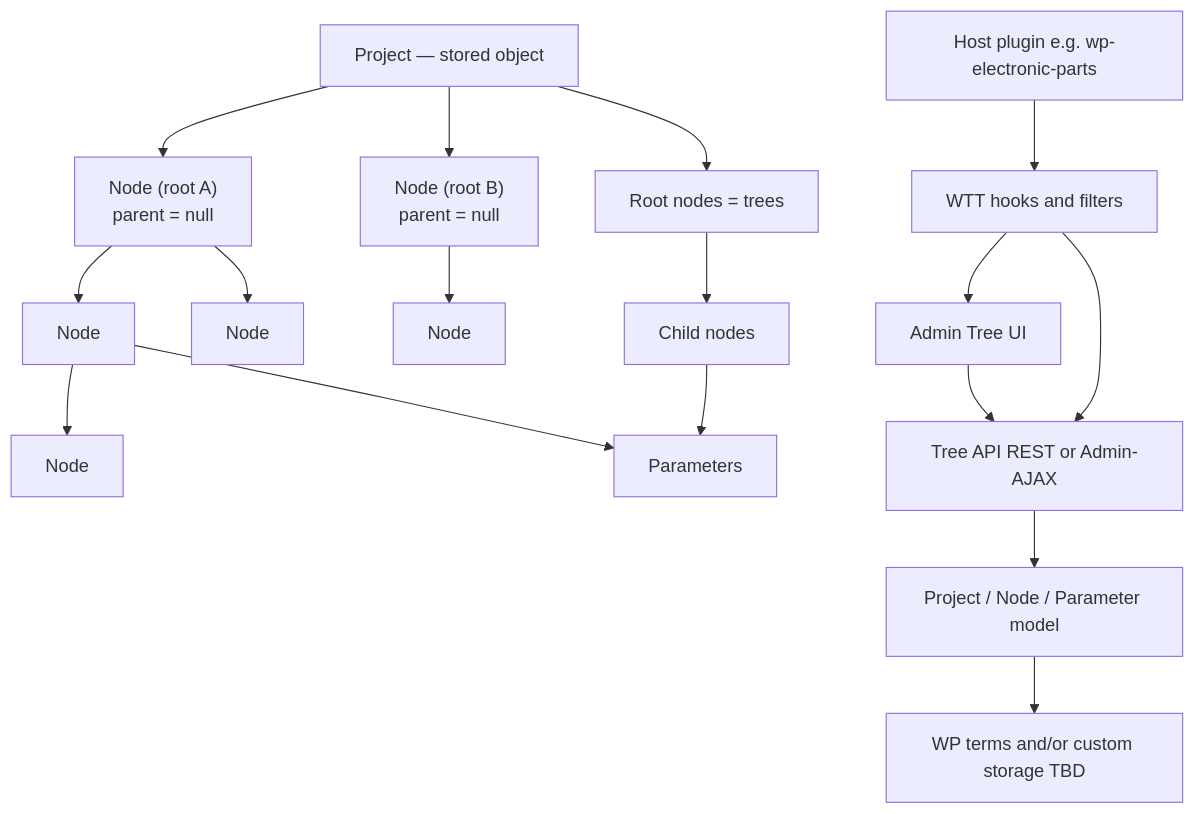
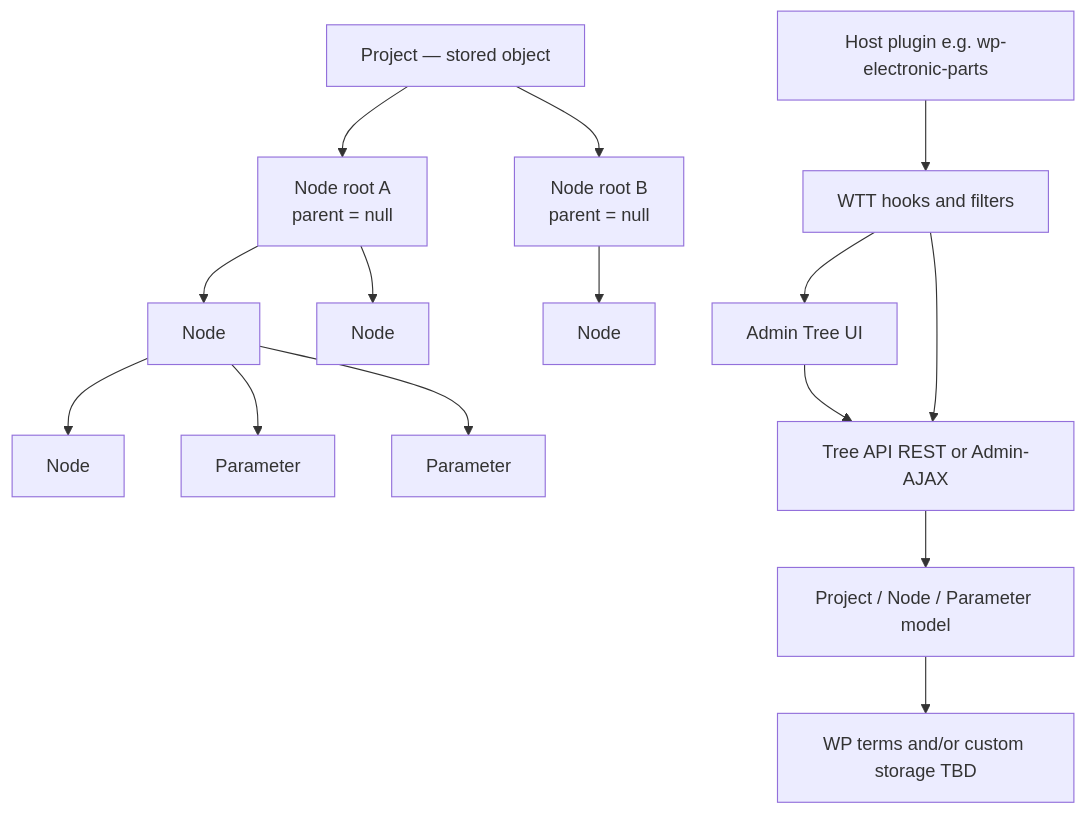
One commit to sfambach/wp-taxonomy-modeler changed the first of 2 diagrams in docs/ARCHITECTURE.md. Above: the diagram before and after it, drawn with Mermaid. The commit also changed 2 other files, not shown here.

Commit message:
Sync plan version and architecture Project diagram

````diff
--- a/docs/ARCHITECTURE.md
+++ b/docs/ARCHITECTURE.md
@@ -13,20 +13,19 @@
 ```mermaid
 flowchart TB
   Project["Project — stored object"]
-  Project --> R1["Node (root A)<br/>parent = null"]
-  Project --> R2["Node (root B)<br/>parent = null"]
+  Project --> R1["Node root A<br/>parent = null"]
+  Project --> R2["Node root B<br/>parent = null"]
   R1 --> C1[Node]
   R1 --> C2[Node]
   C1 --> G1[Node]
   R2 --> C3[Node]
-  C1 --> Params[Parameters]
-  Nodes[Child nodes] --> Params
-  Roots[Root nodes = trees] --> Nodes
-  Project --> Roots
+  C1 --> P1[Parameter]
+  C1 --> P2[Parameter]
+
   Host[Host plugin e.g. wp-electronic-parts] --> Hooks[WTT hooks and filters]
   Admin[Admin Tree UI] --> API[Tree API REST or Admin-AJAX]
   API --> Model[Project / Node / Parameter model]
   Model --> Storage[WP terms and/or custom storage TBD]
   Hooks --> Admin
   Hooks --> API
 ```
````
